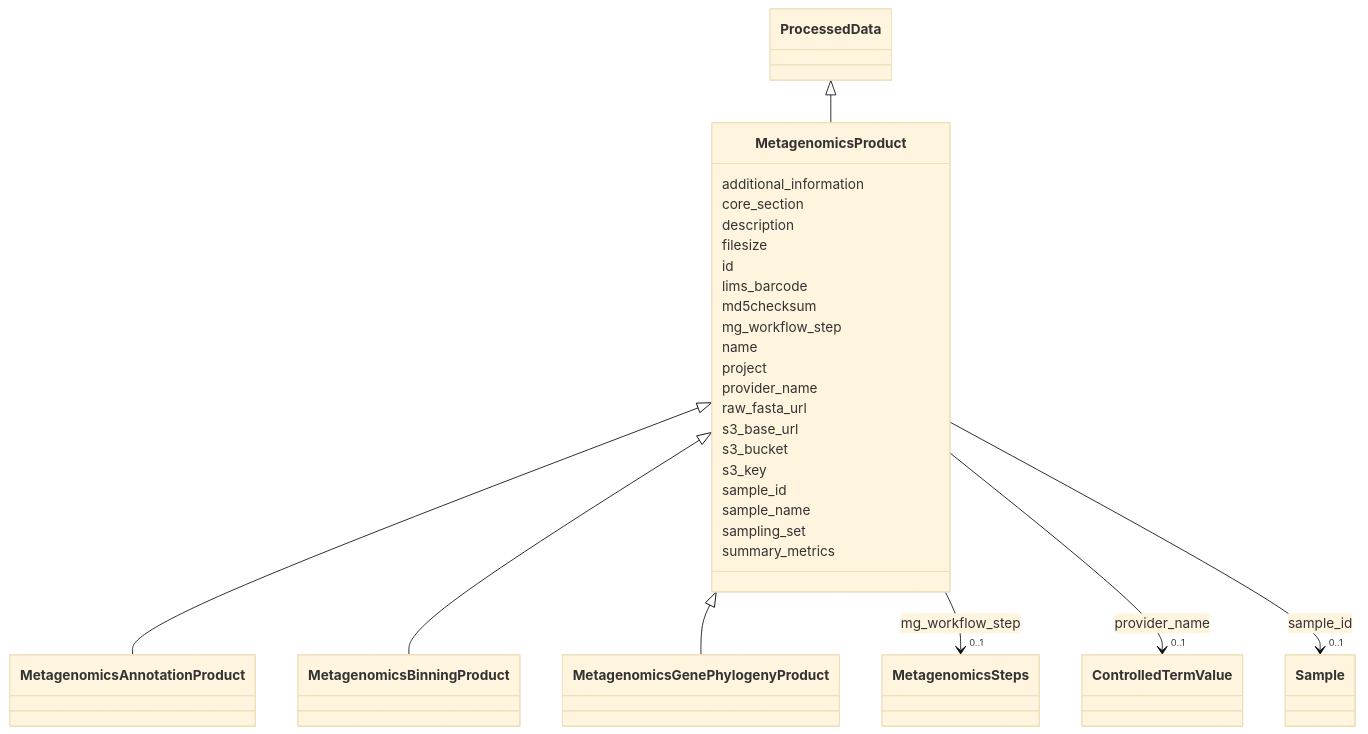
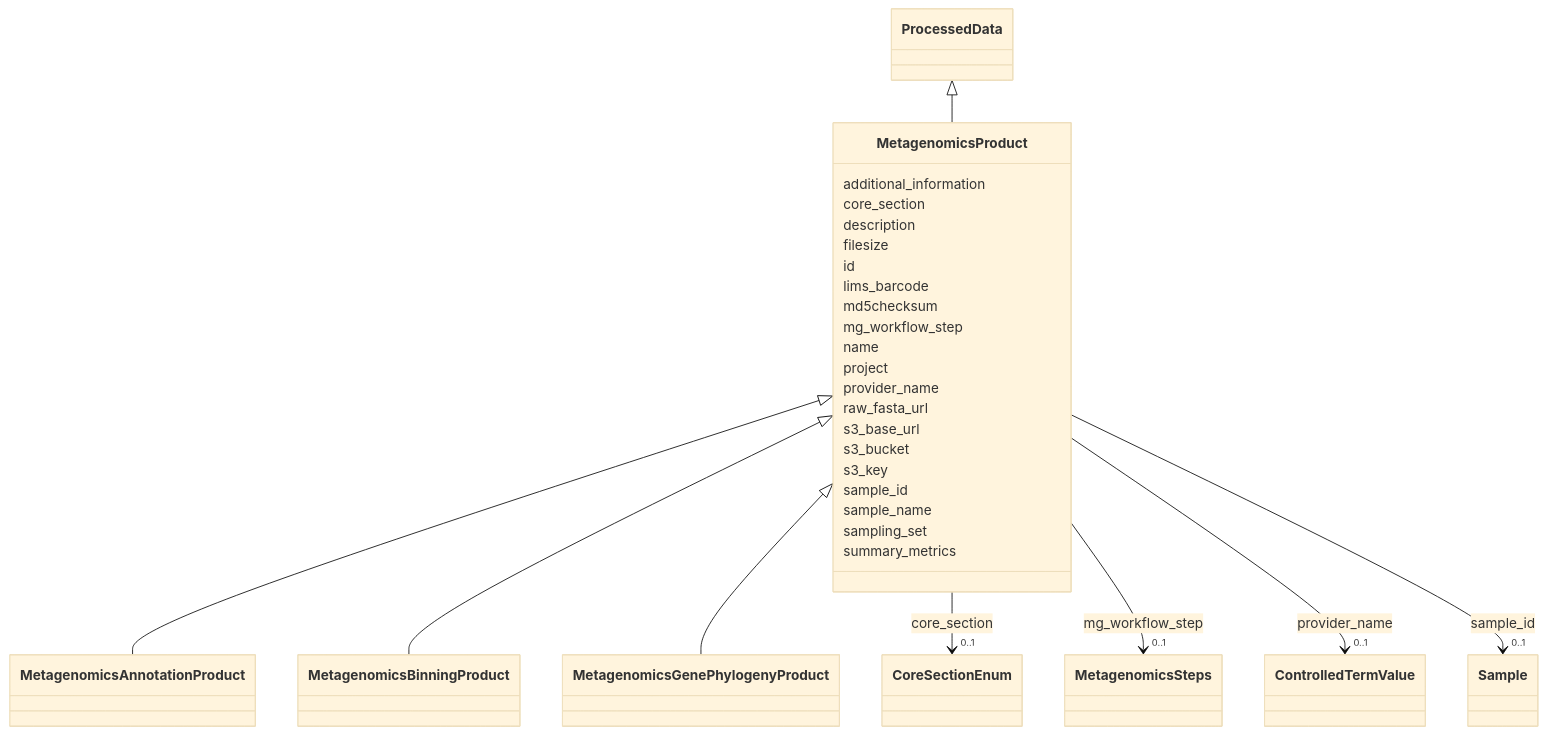
Before and after one commit to EMSL-Computing/BASALT-Schema: the diagram in docs/elements/MetagenomicsProduct.md, drawn with Mermaid (base theme). The commit also changed other lines of this file and 388 other files, not shown here.

```diff
--- a/docs/elements/MetagenomicsProduct.md
+++ b/docs/elements/MetagenomicsProduct.md
@@ -43,6 +43,16 @@
       MetagenomicsProduct : additional_information
         
       MetagenomicsProduct : core_section
+        
+          
+    
+    
+    
+    
+    MetagenomicsProduct --> "0..1" CoreSectionEnum : core_section
+    click CoreSectionEnum href "../CoreSectionEnum"
+    
+
         
       MetagenomicsProduct : description
         
```
